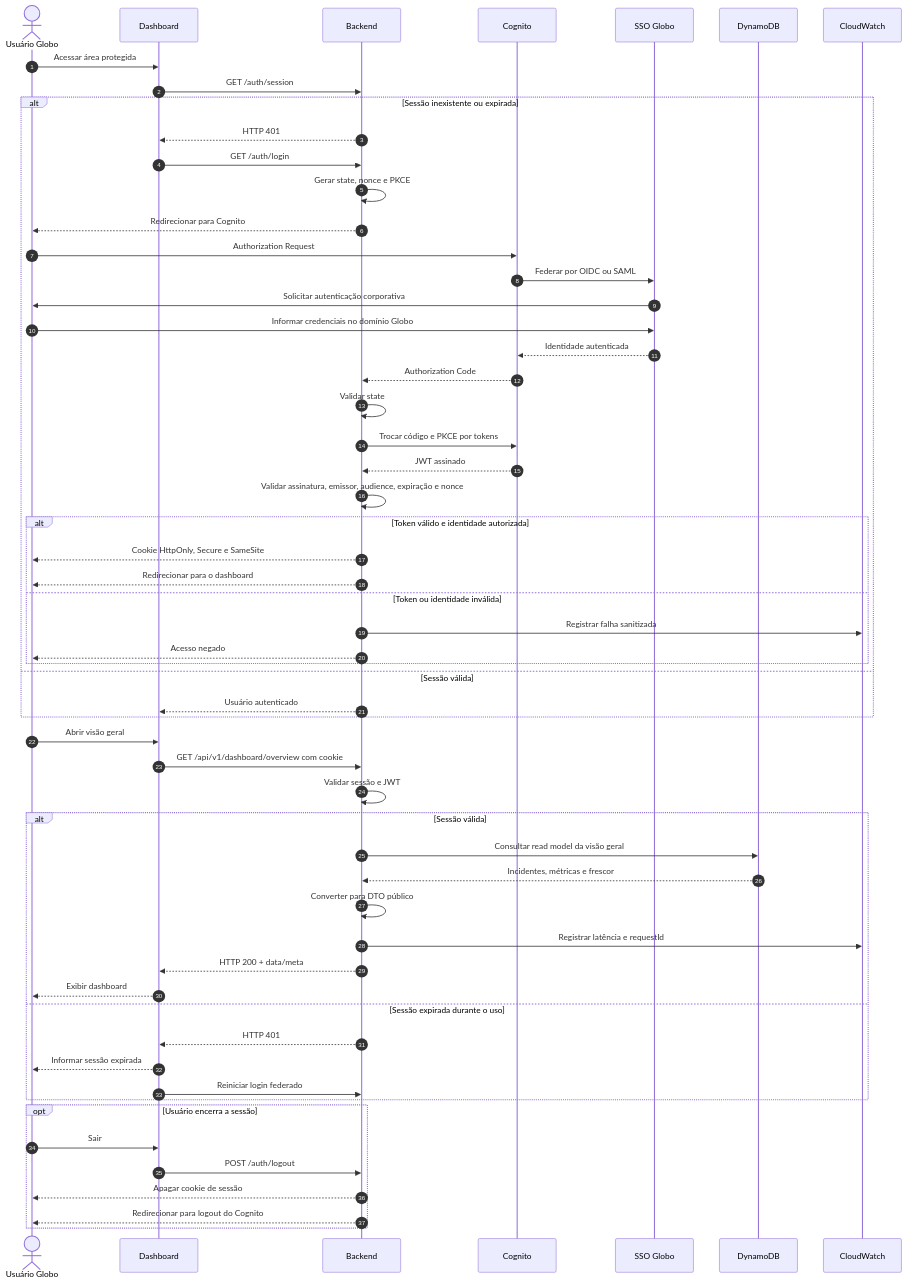
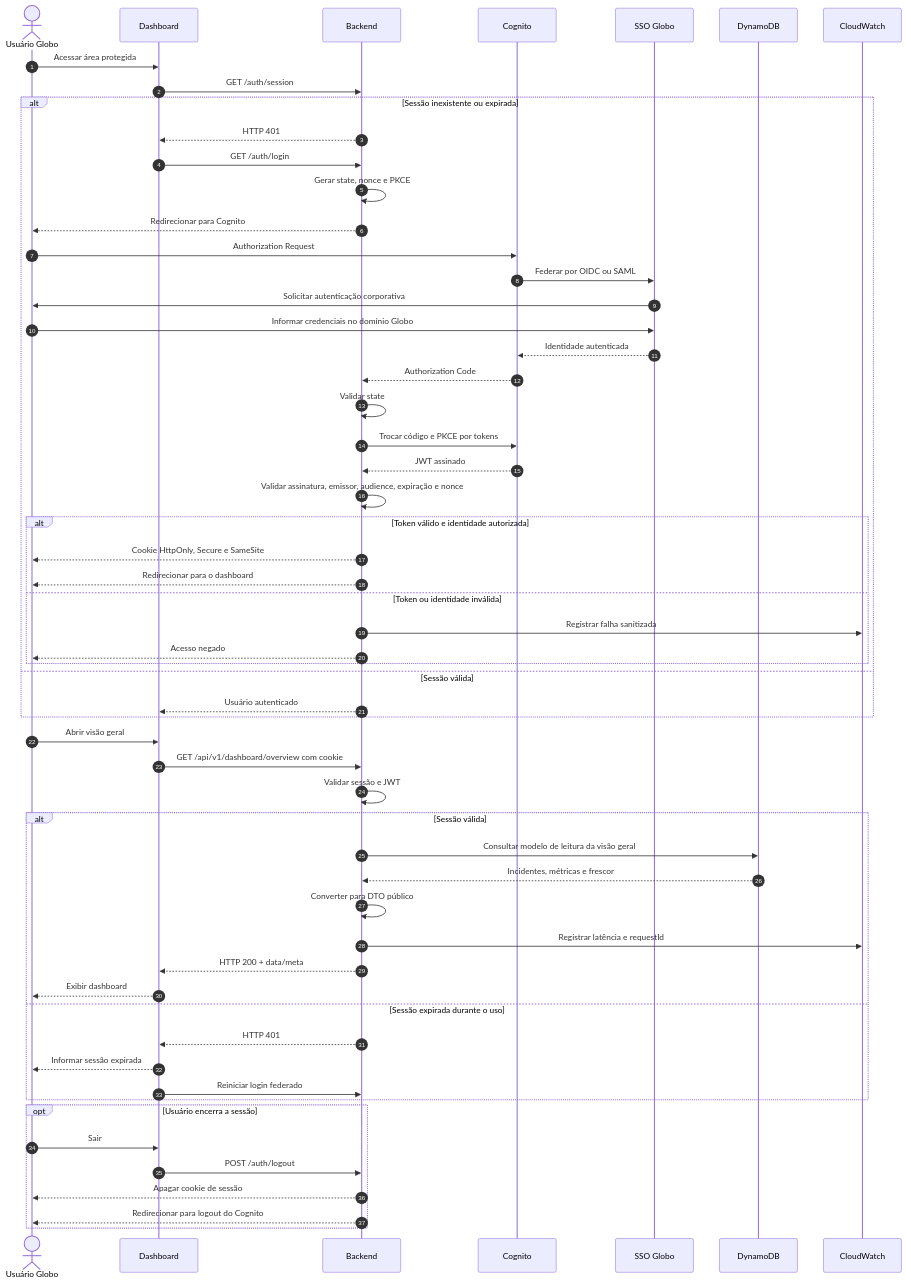
The third of 8 diagrams in artefatos/sprint3/modelagem.md (guedesrayssa/viewshow-ai-observability), drawn with Mermaid before and after one commit. The commit also changed other lines of this file, not shown here.

Commit message:
docs(modelagem): aprimora explicação dos diagramas de sequência

````diff
--- a/artefatos/sprint3/modelagem.md
+++ b/artefatos/sprint3/modelagem.md
@@ -610,66 +605,66 @@
 ```mermaid
 sequenceDiagram
     autonumber
 
     actor U as Usuário Globo
     participant UI as Dashboard
     participant API as Backend
     participant COG as Cognito
     participant SSO as SSO Globo
     participant DB as DynamoDB
     participant CW as CloudWatch
 
     U->>UI: Acessar área protegida
     UI->>API: GET /auth/session
 
     alt Sessão inexistente ou expirada
         API-->>UI: HTTP 401
         UI->>API: GET /auth/login
         API->>API: Gerar state, nonce e PKCE
         API-->>U: Redirecionar para Cognito
         U->>COG: Authorization Request
         COG->>SSO: Federar por OIDC ou SAML
         SSO->>U: Solicitar autenticação corporativa
         U->>SSO: Informar credenciais no domínio Globo
         SSO-->>COG: Identidade autenticada
         COG-->>API: Authorization Code
         API->>API: Validar state
         API->>COG: Trocar código e PKCE por tokens
         COG-->>API: JWT assinado
         API->>API: Validar assinatura, emissor, audience, expiração e nonce
 
         alt Token válido e identidade autorizada
             API-->>U: Cookie HttpOnly, Secure e SameSite
             API-->>U: Redirecionar para o dashboard
         else Token ou identidade inválida
             API->>CW: Registrar falha sanitizada
             API-->>U: Acesso negado
         end
     else Sessão válida
         API-->>UI: Usuário autenticado
     end
 
     U->>UI: Abrir visão geral
     UI->>API: GET /api/v1/dashboard/overview com cookie
     API->>API: Validar sessão e JWT
 
     alt Sessão válida
-        API->>DB: Consultar read model da visão geral
+        API->>DB: Consultar modelo de leitura da visão geral
         DB-->>API: Incidentes, métricas e frescor
         API->>API: Converter para DTO público
         API->>CW: Registrar latência e requestId
         API-->>UI: HTTP 200 + data/meta
         UI-->>U: Exibir dashboard
     else Sessão expirada durante o uso
         API-->>UI: HTTP 401
         UI-->>U: Informar sessão expirada
         UI->>API: Reiniciar login federado
     end
 
     opt Usuário encerra a sessão
         U->>UI: Sair
         UI->>API: POST /auth/logout
         API-->>U: Apagar cookie de sessão
         API-->>U: Redirecionar para logout do Cognito
     end
 ```
````
